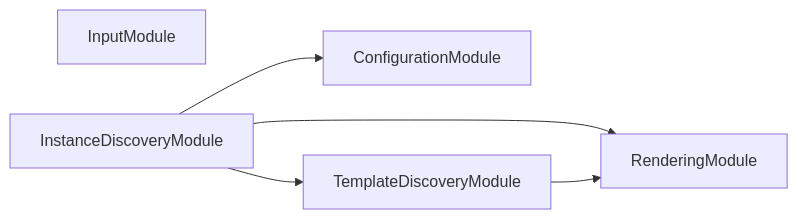
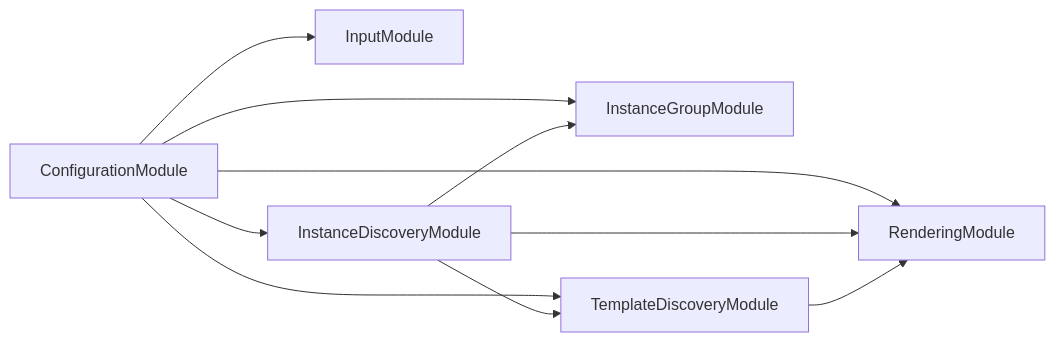
Before and after one commit to JimmyPaolini/codebase: the second of 3 diagrams in packages/ic-suite/conformetry/conformetry-configuration/README.md, drawn with Mermaid. The commit also changed other lines of this file and 17 other files, not shown here.

````diff
--- a/packages/ic-suite/conformetry/conformetry-configuration/README.md
+++ b/packages/ic-suite/conformetry/conformetry-configuration/README.md
@@ -496,12 +496,18 @@
 ```mermaid
 flowchart LR
   ConfigurationModule
   InputModule
   InstanceDiscoveryModule
+  InstanceGroupModule
   RenderingModule
   TemplateDiscoveryModule
-  InstanceDiscoveryModule --> ConfigurationModule
+  ConfigurationModule --> InputModule
+  ConfigurationModule --> InstanceDiscoveryModule
+  ConfigurationModule --> InstanceGroupModule
+  ConfigurationModule --> RenderingModule
+  ConfigurationModule --> TemplateDiscoveryModule
+  InstanceDiscoveryModule --> InstanceGroupModule
   InstanceDiscoveryModule --> RenderingModule
   InstanceDiscoveryModule --> TemplateDiscoveryModule
   TemplateDiscoveryModule --> RenderingModule
 ```
````
